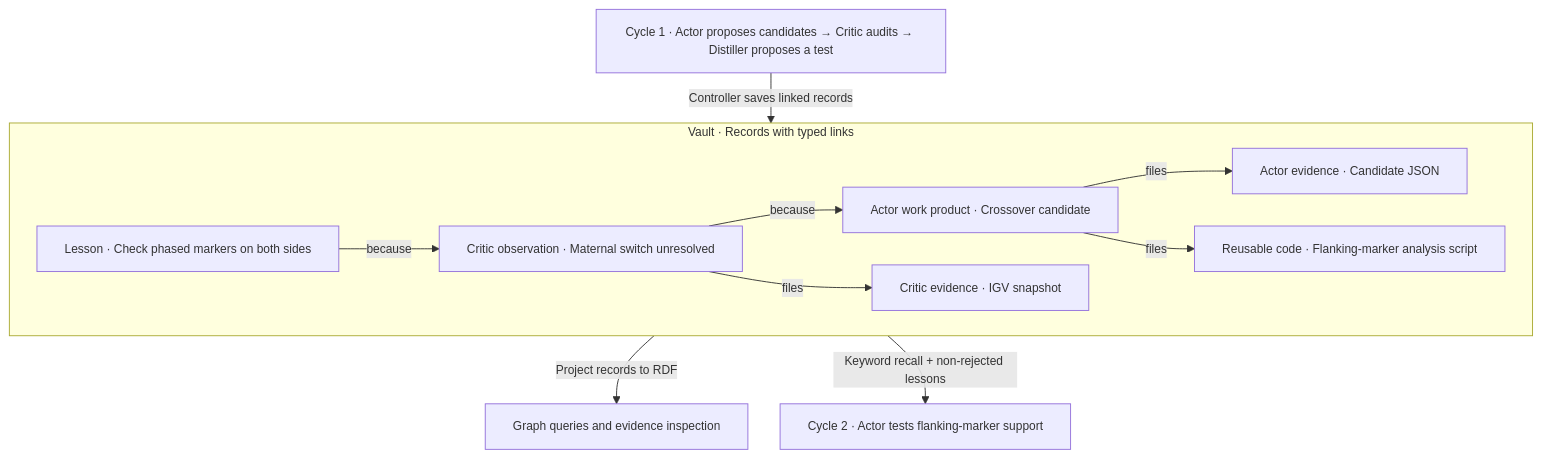
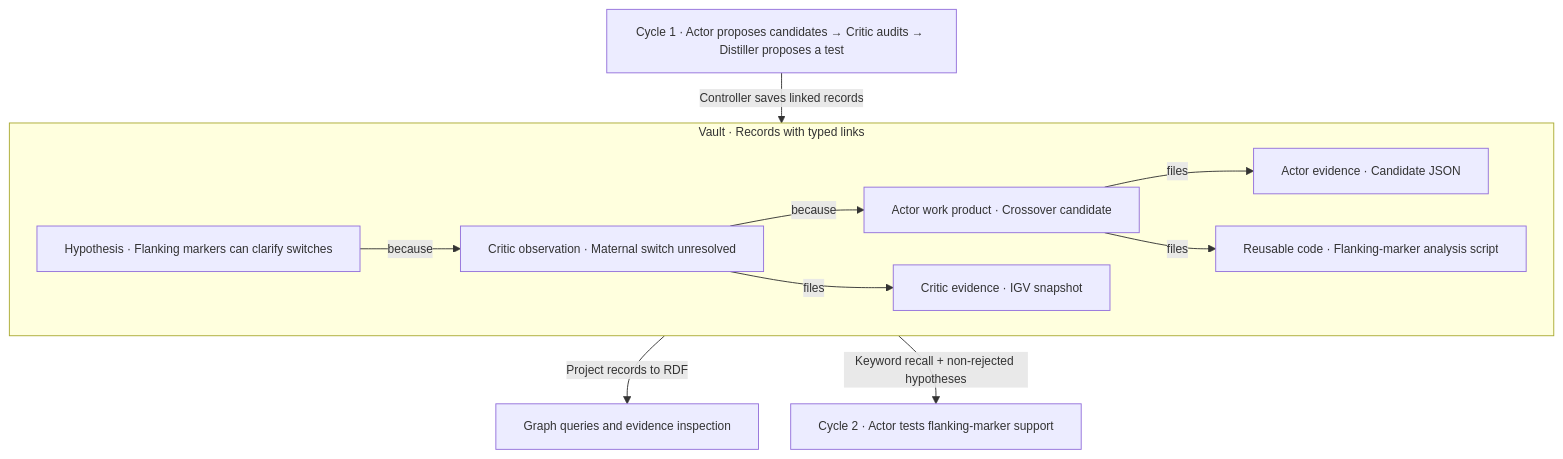
Before and after one commit to petermchale/labloop: the diagram in README.md, drawn with Mermaid. The commit also changed other lines of this file, not shown here.

Commit message:
docs: use hypotheses consistently in README

````diff
--- a/README.md
+++ b/README.md
@@ -99,32 +99,32 @@
 ```mermaid
 ---
 config:
   themeVariables:
     fontSize: 13px
   flowchart:
     wrappingWidth: 320
     nodeSpacing: 35
     rankSpacing: 35
 ---
 flowchart TD
     Run["Cycle 1 · Actor proposes candidates → Critic audits → Distiller proposes a test"]
 
     subgraph Vault["Vault · Records with typed links"]
-        Lesson["Lesson · Check phased markers on both sides"]
+        Hypothesis["Hypothesis · Flanking markers can clarify switches"]
         Obs["Critic observation · Maternal switch unresolved"]
         Product["Actor work product · Crossover candidate"]
         CriticFile["Critic evidence · IGV snapshot"]
         ActorFile["Actor evidence · Candidate JSON"]
         Code["Reusable code · Flanking-marker analysis script"]
 
-        Lesson -->|because| Obs
+        Hypothesis -->|because| Obs
         Obs -->|because| Product
         Obs -->|files| CriticFile
         Product -->|files| ActorFile
         Product -->|files| Code
     end
 
     Run -->|Controller saves linked records| Vault
     Vault -->|Project records to RDF| Graph["Graph queries and evidence inspection"]
-    Vault -->|Keyword recall + non-rejected lessons| Next["Cycle 2 · Actor tests flanking-marker support"]
+    Vault -->|Keyword recall + non-rejected hypotheses| Next["Cycle 2 · Actor tests flanking-marker support"]
 ```
````
